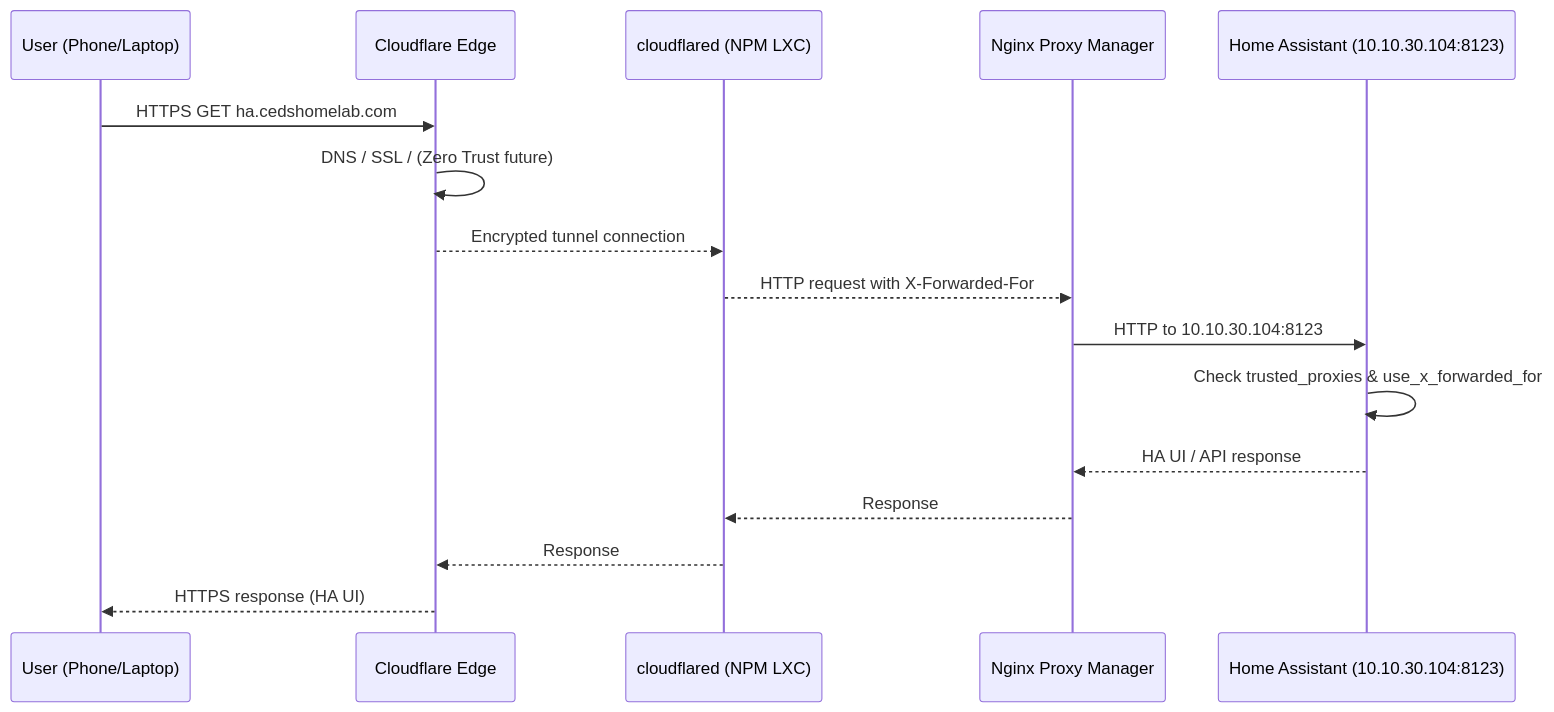
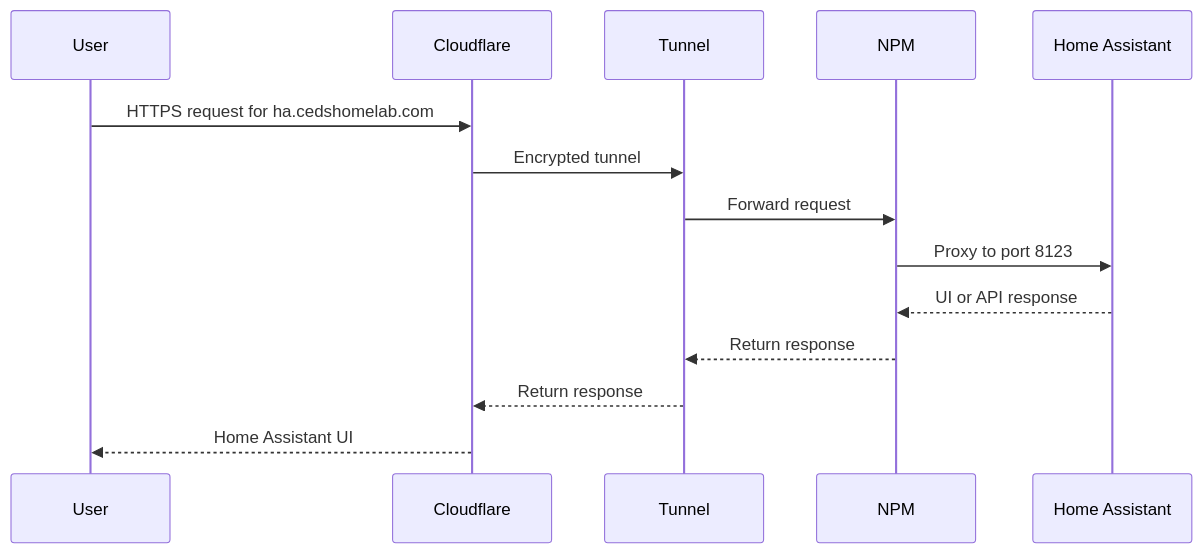
One commit to ced4568/ceds-homelab changed the fourth of 4 diagrams in docs/Ced_Homelab_Diagrams.md. Above: the diagram before and after it, drawn with Mermaid. The commit also changed other lines of this file, not shown here.

First line of the commit message:
Revise Ced's HomeLab Diagrams documentation

````diff
--- a/docs/Ced_Homelab_Diagrams.md
+++ b/docs/Ced_Homelab_Diagrams.md
@@ -151,19 +103,17 @@
 ```mermaid
 sequenceDiagram
-    participant User as User (Phone/Laptop)
-    participant CF as Cloudflare Edge
-    participant Tunnel as cloudflared (NPM LXC)
-    participant NPM as Nginx Proxy Manager
-    participant HA as Home Assistant (10.10.30.104:8123)
+    participant User
+    participant CF as Cloudflare
+    participant Tunnel
+    participant NPM
+    participant HA as Home Assistant
 
-    User->>CF: HTTPS GET ha.cedshomelab.com
-    CF->>CF: DNS / SSL / (Zero Trust future)
-    CF-->>Tunnel: Encrypted tunnel connection
-    Tunnel-->>NPM: HTTP request with X-Forwarded-For
-    NPM->>HA: HTTP to 10.10.30.104:8123
-    HA->>HA: Check trusted_proxies & use_x_forwarded_for
-    HA-->>NPM: HA UI / API response
-    NPM-->>Tunnel: Response
-    Tunnel-->>CF: Response
-    CF-->>User: HTTPS response (HA UI)
+    User->>CF: HTTPS request for ha.cedshomelab.com
+    CF->>Tunnel: Encrypted tunnel
+    Tunnel->>NPM: Forward request
+    NPM->>HA: Proxy to port 8123
+    HA-->>NPM: UI or API response
+    NPM-->>Tunnel: Return response
+    Tunnel-->>CF: Return response
+    CF-->>User: Home Assistant UI
 ```
````
